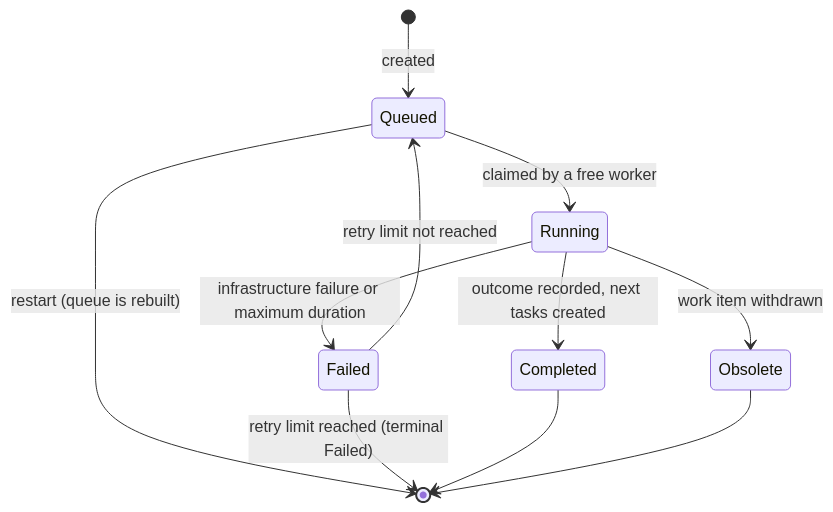
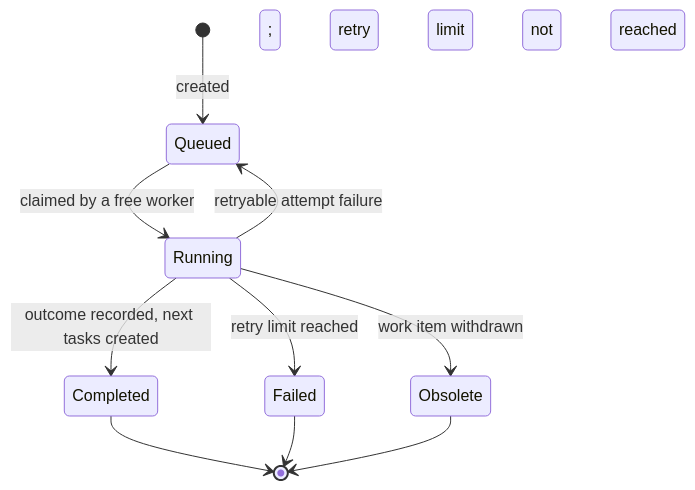
Before and after one commit to hlsekowski/qnagym: the diagram in docs/adr/0004-worker-task-model.md, drawn with Mermaid. The commit also changed other lines of this file, not shown here.

````diff
--- a/docs/adr/0004-worker-task-model.md
+++ b/docs/adr/0004-worker-task-model.md
@@ -73,13 +75,12 @@
 ```mermaid
 stateDiagram-v2
     [*] --> Queued: created
     Queued --> Running: claimed by a free worker
-    Queued --> [*]: restart (queue is rebuilt)
     Running --> Completed: outcome recorded, next tasks created
     Running --> Obsolete: work item withdrawn
-    Running --> Failed: infrastructure failure or maximum duration
-    Failed --> Queued: retry limit not reached
-    Failed --> [*]: retry limit reached (terminal Failed)
+    Running --> Queued: retryable attempt failure; retry limit not reached
+    Running --> Failed: retry limit reached
     Completed --> [*]
+    Failed --> [*]
     Obsolete --> [*]
 ```
````
